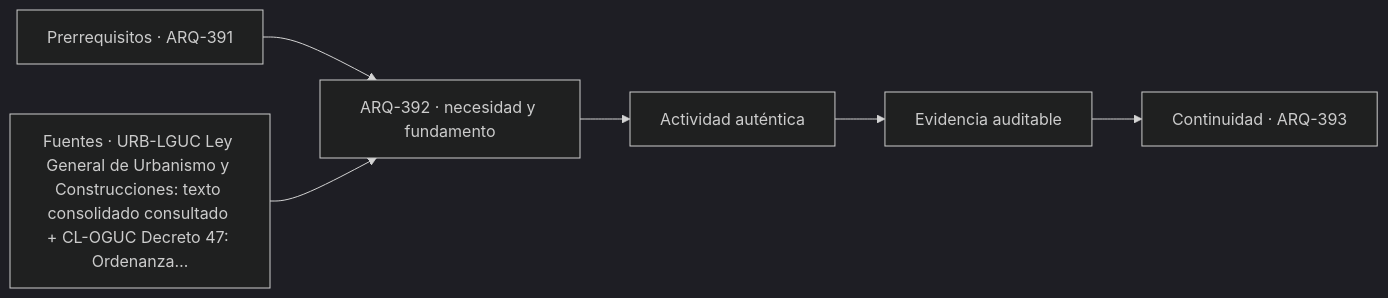
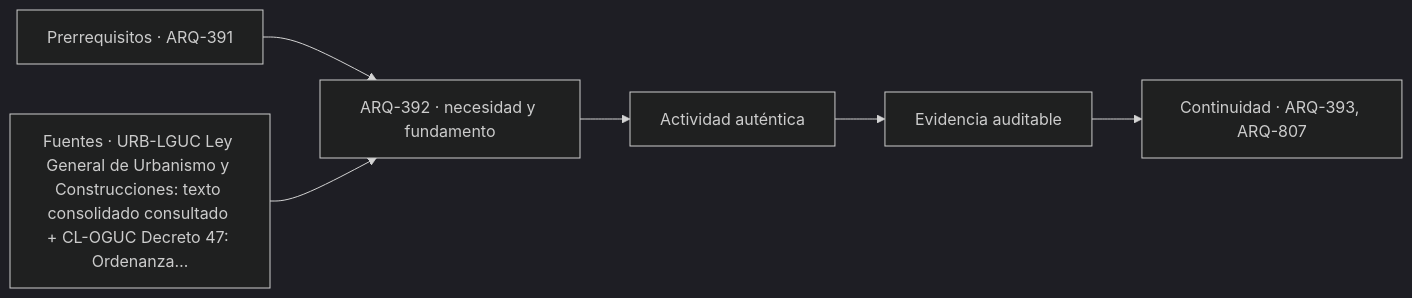
Before and after one commit to vladimiracunadev-create/architecture-built-environment-learning-program: the diagram in classes/parte-40/ARQ-392.md, drawn with Mermaid (dark theme). The commit also changed other lines of this file and 234 other files, not shown here.

````diff
--- a/classes/parte-40/ARQ-392.md
+++ b/classes/parte-40/ARQ-392.md
@@ -103,8 +103,8 @@
 ```mermaid
 flowchart LR
     A["Prerrequisitos · ARQ-391"] --> B["ARQ-392 · necesidad y fundamento"]
     S["Fuentes · URB-LGUC Ley General de Urbanismo y Construcciones: texto consolidado consultado + CL-OGUC Decreto 47: Ordenanza…"] --> B
     B --> C["Actividad auténtica"]
     C --> D["Evidencia auditable"]
-    D --> E["Continuidad · ARQ-393"]
+    D --> E["Continuidad · ARQ-393, ARQ-807"]
 ```
````
